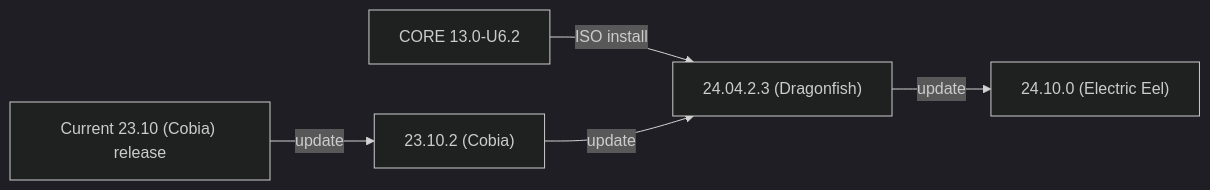
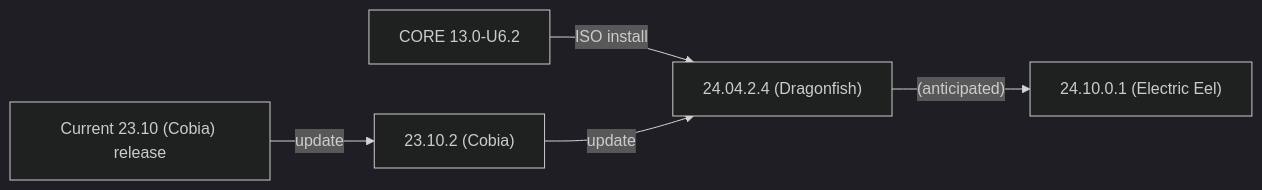
One commit to truenas/documentation changed the second of 2 diagrams in static/includes/SCALEUpgradePaths.md. Above: the diagram before and after it, drawn with Mermaid (dark theme). The commit also changed other lines of this file and 3 other files, not shown here.

```diff
--- a/static/includes/SCALEUpgradePaths.md
+++ b/static/includes/SCALEUpgradePaths.md
@@ -65,8 +65,8 @@
           {{< mermaid class="mermaid_sizing" >}}
           flowchart LR
             A["CORE 13.0-U6.2"] -->|ISO install| D
             B["Current 23.10 (Cobia) release"] -->|update| C
             C["23.10.2 (Cobia)"] -->|update| D
-            D["24.04.2.3 (Dragonfish)"]  -->|update| E
-            E["24.10.0 (Electric Eel)"]
+            D["24.04.2.4 (Dragonfish)"]  -->|"(anticipated)"| E
+            E["24.10.0.1 (Electric Eel)"]
           {{< /mermaid >}}
```
